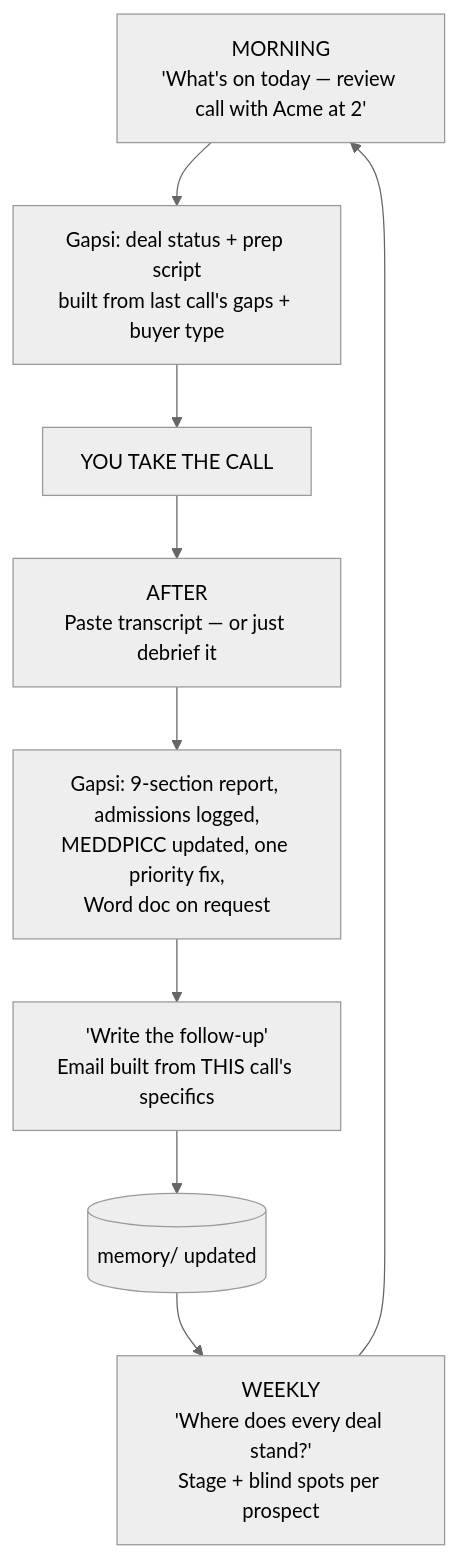
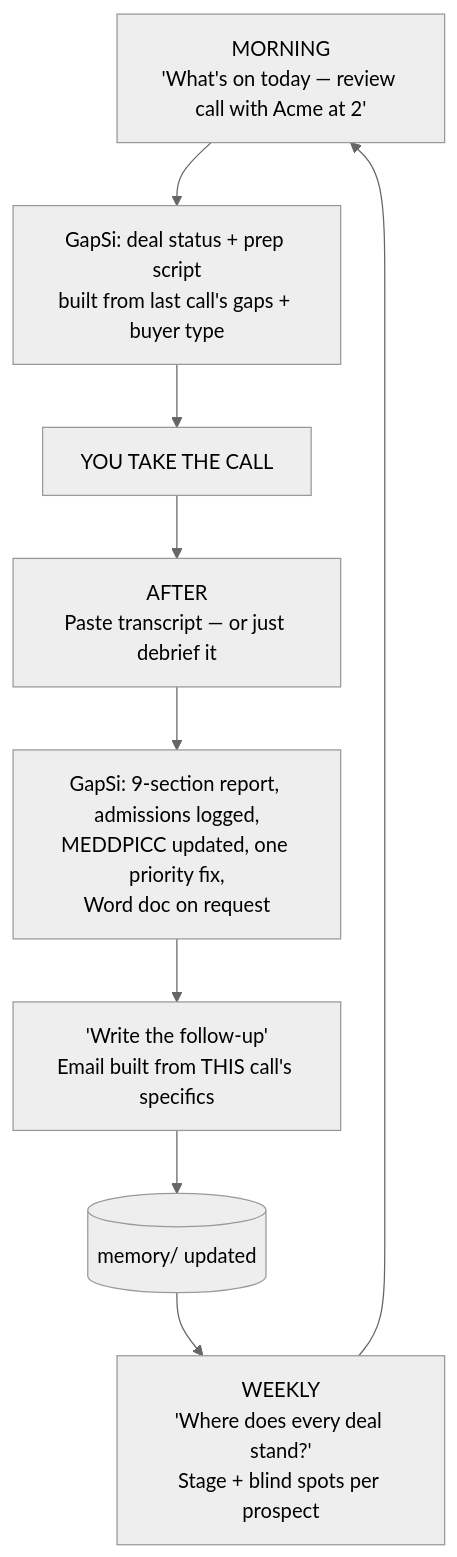
One commit to termsheetinator/gapsi-agent changed diagram 13 of 13 in README.md. Above: the diagram before and after it, drawn with Mermaid (neutral theme). The commit also changed other lines of this file and 3 other files, not shown here.

Commit message:
v2.6.1 — rebrand Gapsi → GapSi throughout all files

````diff
--- a/README.md
+++ b/README.md
@@ -733,11 +733,11 @@
 ```mermaid
 flowchart TD
-    M["MORNING<br/>'What's on today — review call with Acme at 2'"] --> MP["Gapsi: deal status + prep script<br/>built from last call's gaps + buyer type"]
+    M["MORNING<br/>'What's on today — review call with Acme at 2'"] --> MP["GapSi: deal status + prep script<br/>built from last call's gaps + buyer type"]
     MP --> CALL["YOU TAKE THE CALL"]
     CALL --> PA["AFTER<br/>Paste transcript — or just debrief it"]
-    PA --> AN["Gapsi: 9-section report, admissions logged,<br/>MEDDPICC updated, one priority fix,<br/>Word doc on request"]
+    PA --> AN["GapSi: 9-section report, admissions logged,<br/>MEDDPICC updated, one priority fix,<br/>Word doc on request"]
     AN --> FU["'Write the follow-up'<br/>Email built from THIS call's specifics"]
     FU --> MEMU[("memory/ updated")]
     MEMU --> WK["WEEKLY<br/>'Where does every deal stand?'<br/>Stage + blind spots per prospect"]
     WK --> M
 ```
````
